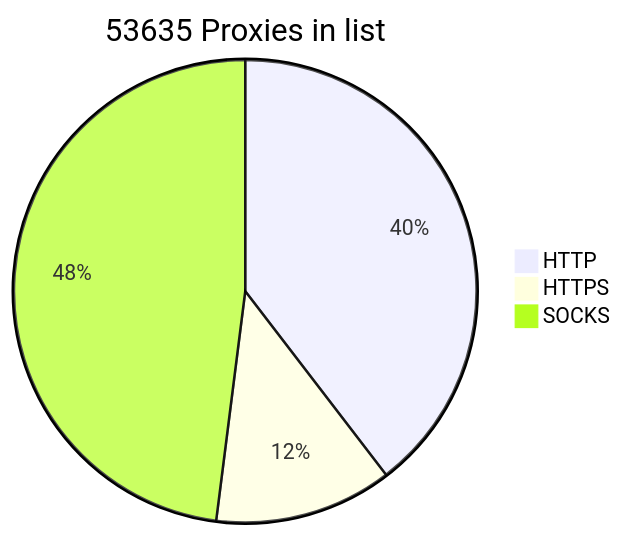
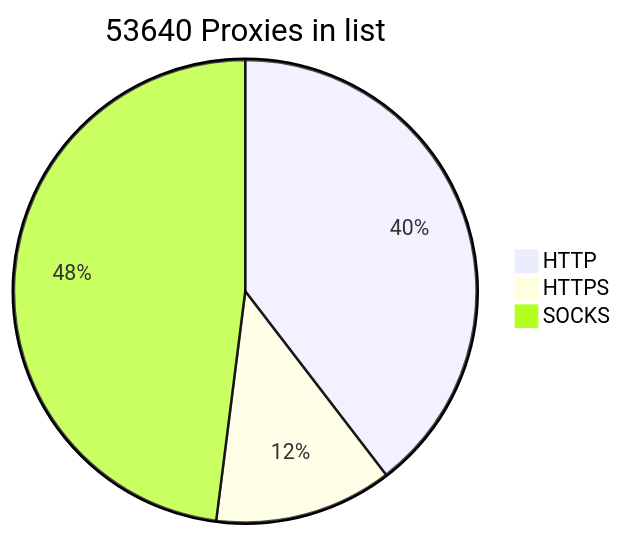
Before and after one commit to BlackSnowDot/proxylist-update-every-minute: the diagram in README.md, drawn with Mermaid.

````diff
--- a/README.md
+++ b/README.md
@@ -2,6 +2,6 @@
 ```mermaid
-pie title 53635 Proxies in list
-    "HTTP" : 23727
+pie title 53640 Proxies in list
+    "HTTP" : 23728
     "HTTPS": 7449
-    "SOCKS" : 28769
+    "SOCKS" : 28773
 ```
````
